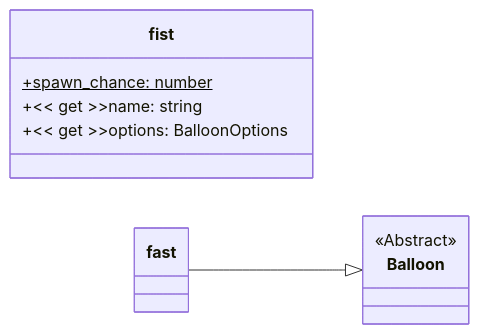
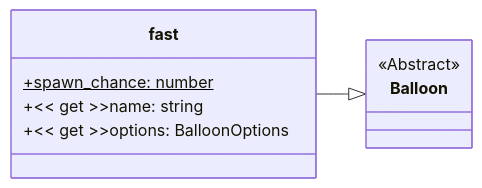
The diagram in docs/balloons/fast.md (SimonStnn/pop-a-loon), drawn with Mermaid before and after one commit.

Commit message:
spelling mistake fixed

````diff
--- a/docs/balloons/fast.md
+++ b/docs/balloons/fast.md
@@ -5,13 +5,13 @@
 ```mermaid
 classDiagram
 direction LR
 class Balloon { <<Abstract>> }
 click Balloon href "#abstract-balloon-class" "Abstract balloon class"
 
-class fist {
+class fast {
   +spawn_chance: number$
   +<< get >>name: string
   +<< get >>options: BalloonOptions
 }
 fast --|> Balloon
 ```
````
